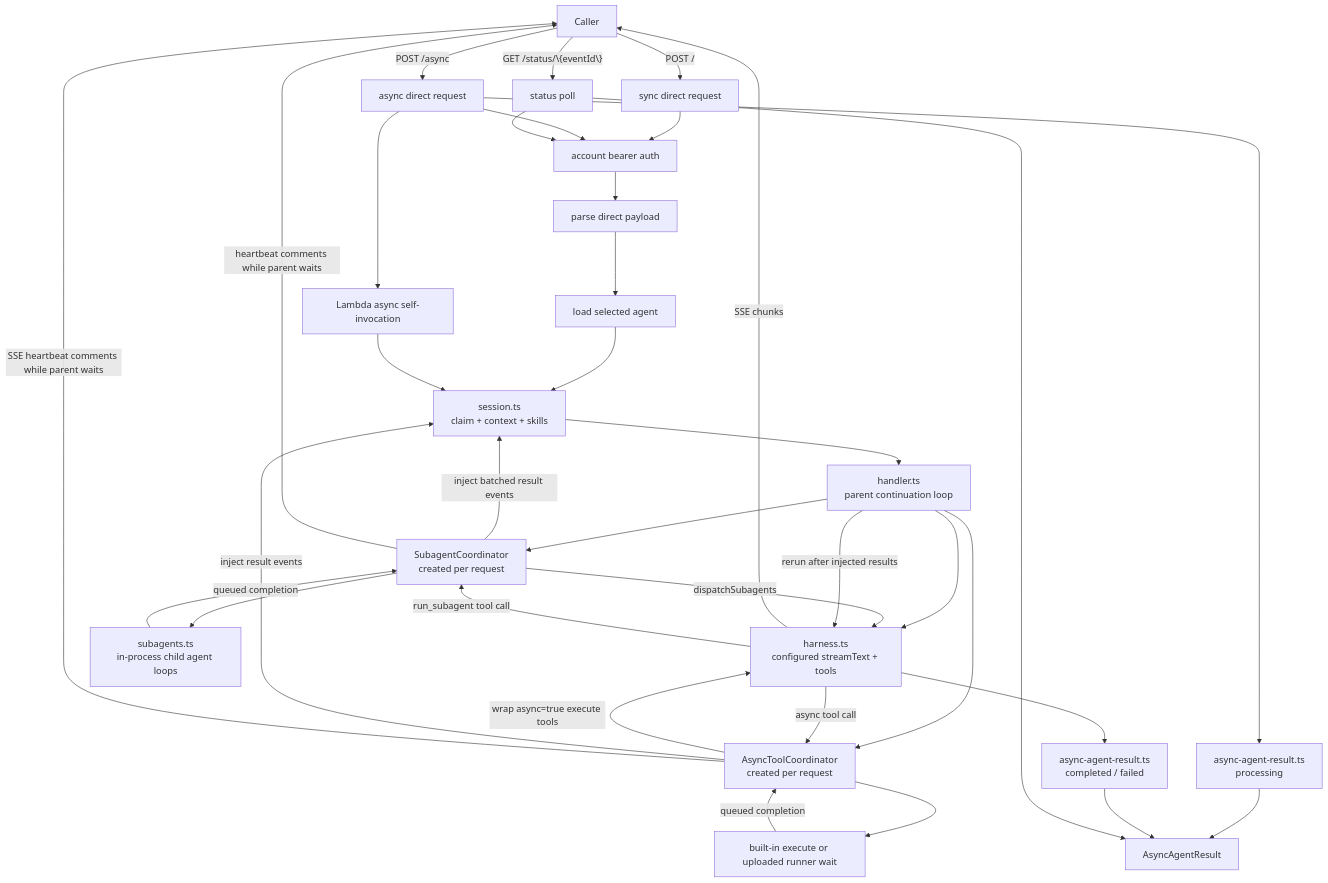
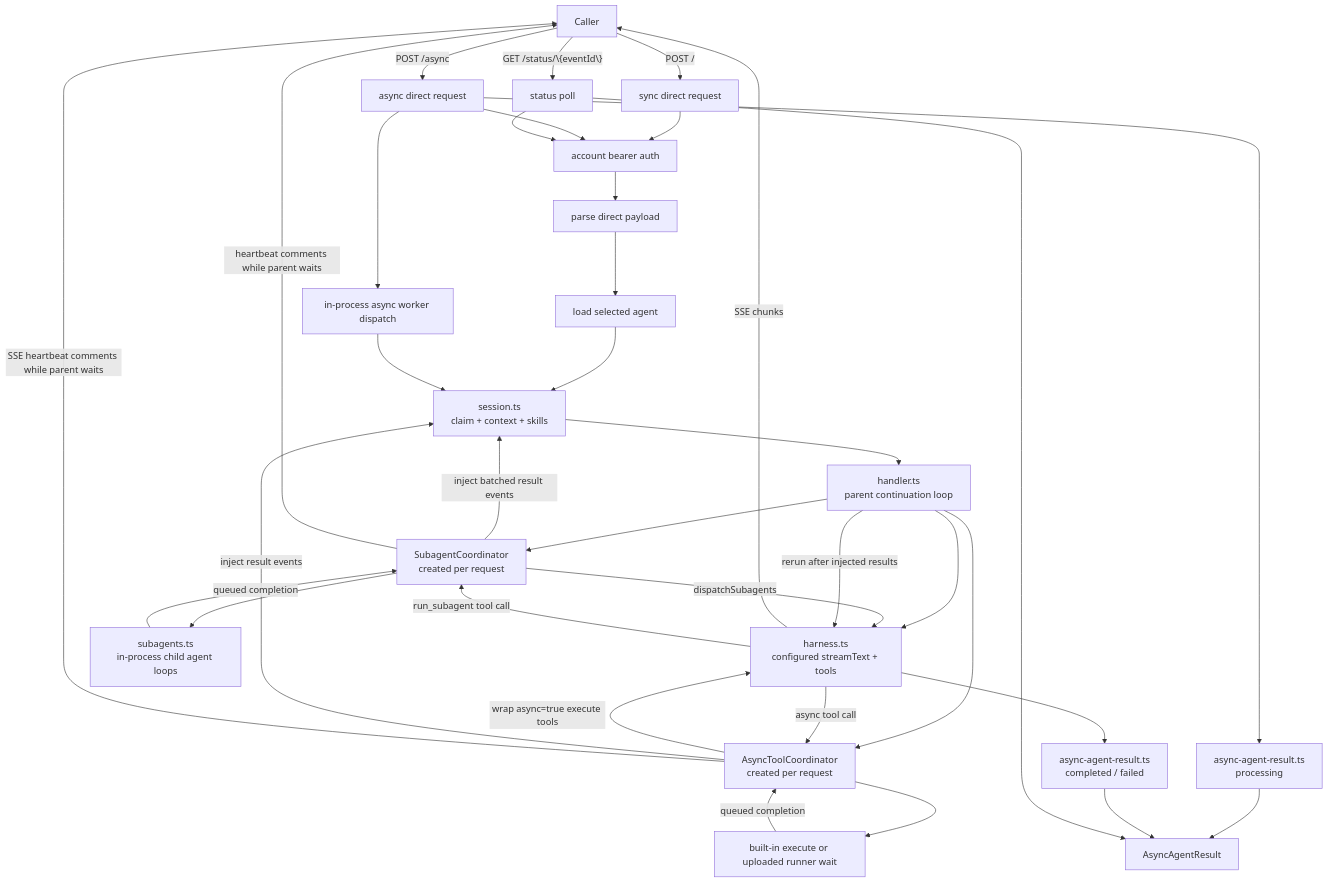
Before and after one commit to beeblastco/broods: the sixth of 12 diagrams in apps/docs/docs/architecture.md, drawn with Mermaid. The commit also changed other lines of this file and 31 other files, not shown here.

````diff
--- a/apps/docs/docs/architecture.md
+++ b/apps/docs/docs/architecture.md
@@ -161,40 +161,40 @@
 ```mermaid
 flowchart TD
   Caller["Caller"] -->|"POST /"| Sync["sync direct request"]
   Caller -->|"POST /async"| Async["async direct request"]
 
   Sync --> Auth["account bearer auth"]
   Async --> Auth
   Auth --> Parse["parse direct payload"]
   Parse --> AgentLookup["load selected agent"]
   AgentLookup --> Session["session.ts<br/>claim + context + skills"]
   Session --> HandlerLoop["handler.ts<br/>parent continuation loop"]
   HandlerLoop --> Coordinator["SubagentCoordinator<br/>created per request"]
   HandlerLoop --> ToolCoordinator["AsyncToolCoordinator<br/>created per request"]
   HandlerLoop --> Agent["harness.ts<br/>configured streamText + tools"]
   Coordinator -->|"dispatchSubagents"| Agent
   ToolCoordinator -->|"wrap async=true execute tools"| Agent
   Agent -->|"SSE chunks"| Caller
   Agent -->|"run_subagent tool call"| Coordinator
   Agent -->|"async tool call"| ToolCoordinator
   Coordinator --> ChildRuns["subagents.ts<br/>in-process child agent loops"]
   ToolCoordinator --> ToolRuns["built-in execute or uploaded runner wait"]
   ChildRuns -->|"queued completion"| Coordinator
   ToolRuns -->|"queued completion"| ToolCoordinator
   Coordinator -->|"inject batched result events"| Session
   ToolCoordinator -->|"inject result events"| Session
   Coordinator -->|"heartbeat comments while parent waits"| Caller
   ToolCoordinator -->|"SSE heartbeat comments while parent waits"| Caller
   HandlerLoop -->|"rerun after injected results"| Agent
 
   Async --> Pending["async-agent-result.ts<br/>processing"]
   Pending --> AsyncTable["AsyncAgentResult"]
-  Async --> SelfInvoke["Lambda async self-invocation"]
-  SelfInvoke --> Session
+  Async --> Worker["in-process async worker dispatch"]
+  Worker --> Session
   Agent --> Complete["async-agent-result.ts<br/>completed / failed"]
   Complete --> AsyncTable
 
   Caller -->|"GET /status/\{eventId\}"| Status["status poll"]
   Status --> Auth
   Status --> AsyncTable
 ```
````
